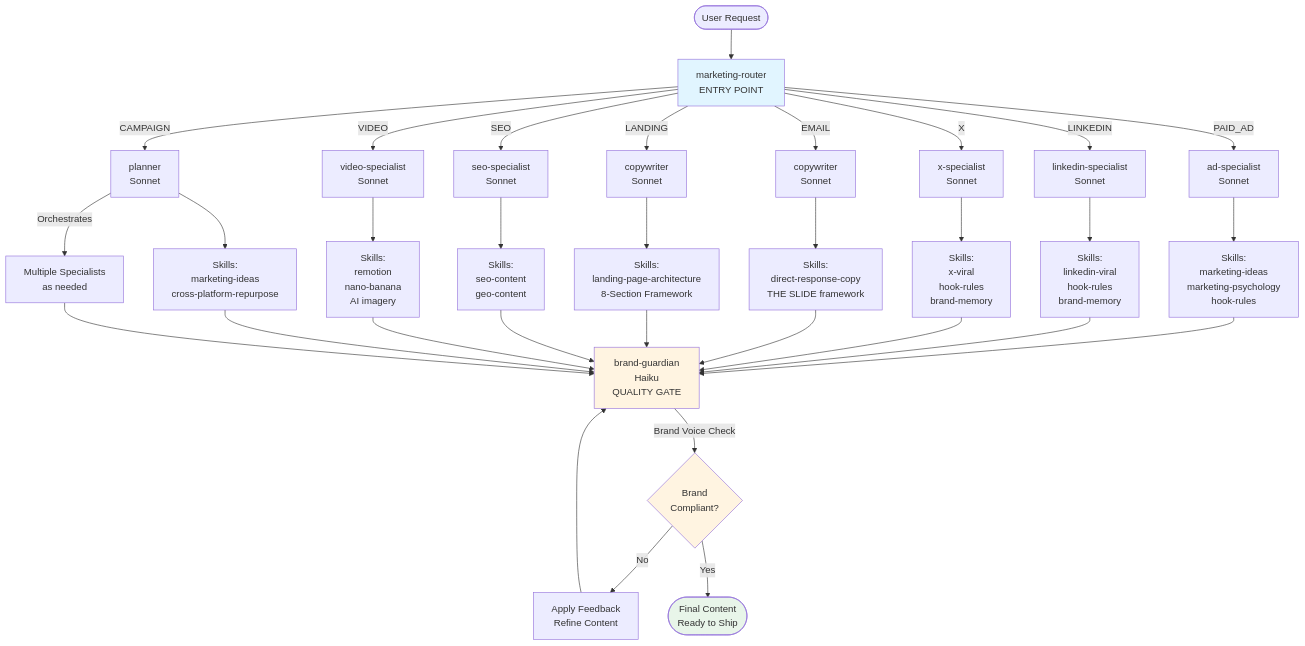
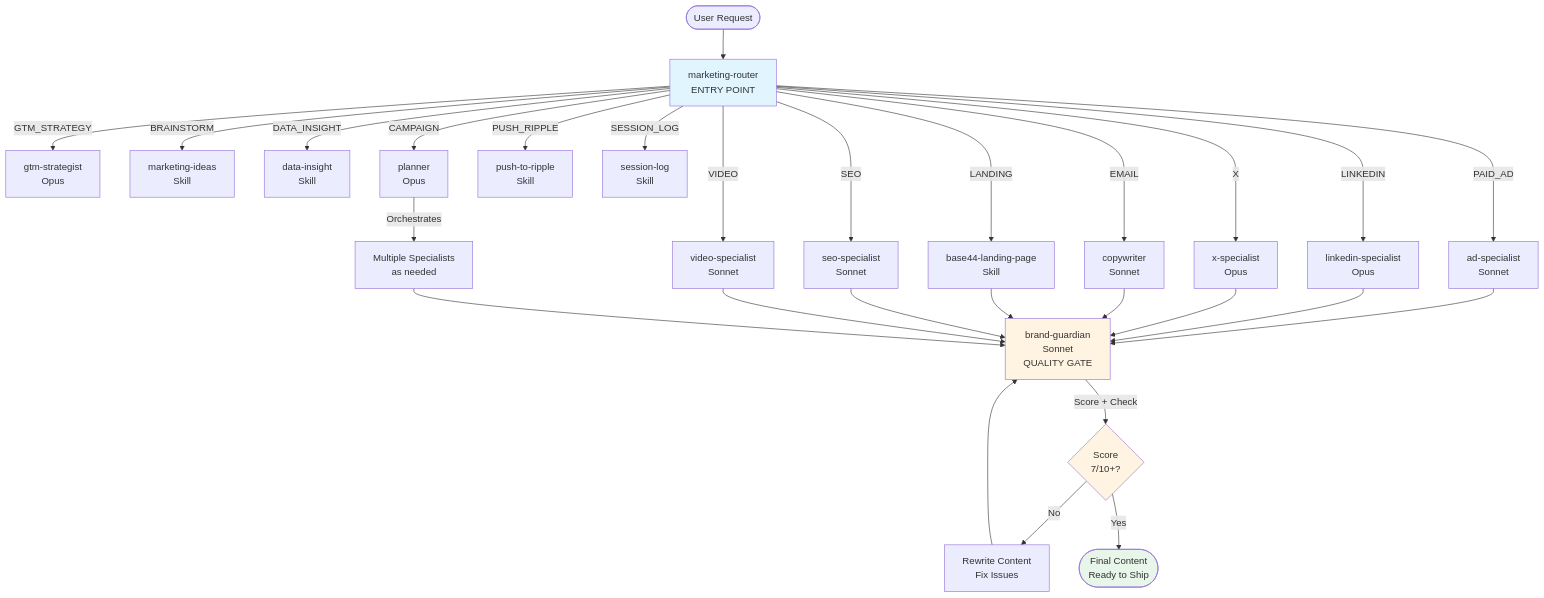
The diagram in README.md (blutrich/base44-marketing-plugin), drawn with Mermaid before and after one commit. The commit also changed other lines of this file and 12 other files, not shown here.

First line of the commit message:
Phase A: Anti-AI voice hardening + brand guardian rewrite

````diff
--- a/README.md
+++ b/README.md
@@ -46,44 +51,38 @@
 ```mermaid
 flowchart TD
     Start([User Request]) --> Router[marketing-router<br/>ENTRY POINT]
-    
+
+    Router -->|GTM_STRATEGY| GTMAgent[gtm-strategist<br/>Opus]
+    Router -->|BRAINSTORM| BrainstormSkill[marketing-ideas<br/>Skill]
+    Router -->|DATA_INSIGHT| DataSkill[data-insight<br/>Skill]
     Router -->|PAID_AD| AdAgent[ad-specialist<br/>Sonnet]
-    Router -->|LINKEDIN| LinkedInAgent[linkedin-specialist<br/>Sonnet]
-    Router -->|X| XAgent[x-specialist<br/>Sonnet]
+    Router -->|LINKEDIN| LinkedInAgent[linkedin-specialist<br/>Opus]
+    Router -->|X| XAgent[x-specialist<br/>Opus]
     Router -->|EMAIL| CopyAgent1[copywriter<br/>Sonnet]
-    Router -->|LANDING| CopyAgent2[copywriter<br/>Sonnet]
+    Router -->|LANDING| LandingSkill[base44-landing-page<br/>Skill]
     Router -->|SEO| SEOAgent[seo-specialist<br/>Sonnet]
     Router -->|VIDEO| VideoAgent[video-specialist<br/>Sonnet]
-    Router -->|CAMPAIGN| PlannerAgent[planner<br/>Sonnet]
-    
-    AdAgent --> AdSkills[Skills:<br/>marketing-ideas<br/>marketing-psychology<br/>hook-rules]
-    LinkedInAgent --> LinkedInSkills[Skills:<br/>linkedin-viral<br/>hook-rules<br/>brand-memory]
-    XAgent --> XSkills[Skills:<br/>x-viral<br/>hook-rules<br/>brand-memory]
-    CopyAgent1 --> CopySkills1[Skills:<br/>direct-response-copy<br/>THE SLIDE framework]
-    CopyAgent2 --> CopySkills2[Skills:<br/>landing-page-architecture<br/>8-Section Framework]
-    SEOAgent --> SEOSkills[Skills:<br/>seo-content<br/>geo-content]
-    VideoAgent --> VideoSkills[Skills:<br/>remotion<br/>nano-banana<br/>AI imagery]
-    PlannerAgent --> PlannerSkills[Skills:<br/>marketing-ideas<br/>cross-platform-repurpose]
-    
+    Router -->|CAMPAIGN| PlannerAgent[planner<br/>Opus]
+    Router -->|PUSH_RIPPLE| RippleSkill[push-to-ripple<br/>Skill]
+    Router -->|SESSION_LOG| SessionSkill[session-log<br/>Skill]
+
+    AdAgent --> Guardian[brand-guardian<br/>Sonnet<br/>QUALITY GATE]
+    LinkedInAgent --> Guardian
+    XAgent --> Guardian
+    CopyAgent1 --> Guardian
+    LandingSkill --> Guardian
+    SEOAgent --> Guardian
+    VideoAgent --> Guardian
     PlannerAgent -->|Orchestrates| MultiAgent[Multiple Specialists<br/>as needed]
-    
-    AdSkills --> Guardian[brand-guardian<br/>Haiku<br/>QUALITY GATE]
-    LinkedInSkills --> Guardian
-    XSkills --> Guardian
-    CopySkills1 --> Guardian
-    CopySkills2 --> Guardian
-    SEOSkills --> Guardian
-    VideoSkills --> Guardian
-    PlannerSkills --> Guardian
     MultiAgent --> Guardian
-    
-    Guardian -->|Brand Voice Check| BrandCheck{Brand<br/>Compliant?}
-    BrandCheck -->|No| Feedback[Apply Feedback<br/>Refine Content]
-    Feedback --> Guardian
+
+    Guardian -->|Score + Check| BrandCheck{Score<br/>7/10+?}
+    BrandCheck -->|No| Rewrite[Rewrite Content<br/>Fix Issues]
+    Rewrite --> Guardian
     BrandCheck -->|Yes| Output([Final Content<br/>Ready to Ship])
-    
+
     style Router fill:#e1f5ff
     style Guardian fill:#fff4e1
     style Output fill:#e8f5e9
     style BrandCheck fill:#fff4e1
 ```
````
